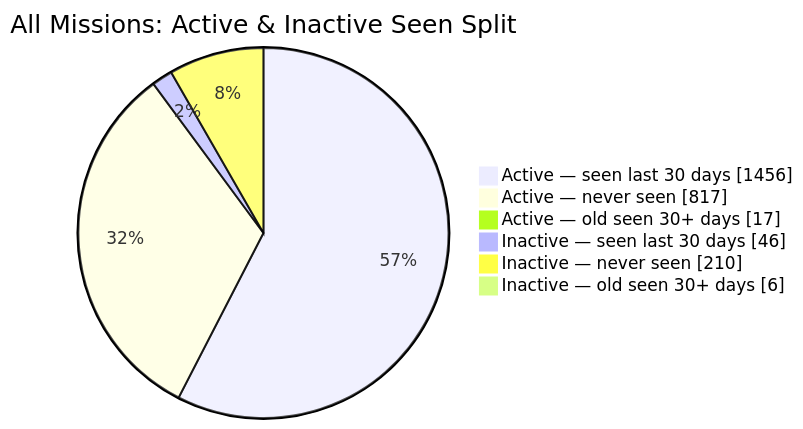
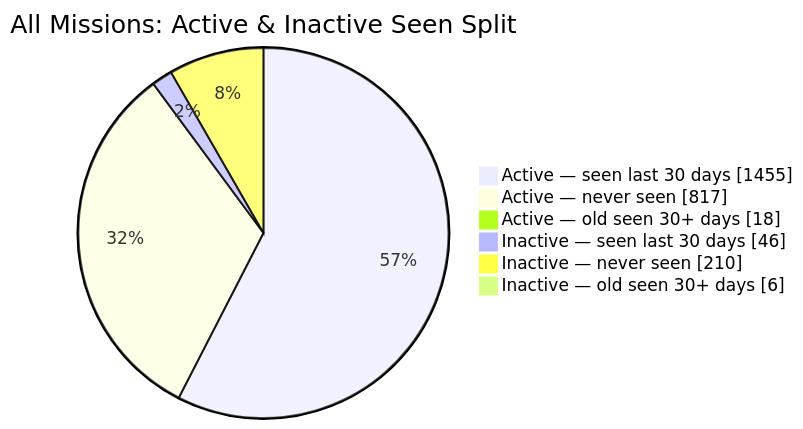
The second of 2 diagrams in README.md (MeldkamerspelGameTeam/active-missions), drawn with Mermaid before and after one commit. The commit also changed other lines of this file and 2 other files, not shown here.

````diff
--- a/README.md
+++ b/README.md
@@ -44,10 +44,10 @@
 ```mermaid
 pie showData
     title All Missions: Active & Inactive Seen Split
-    "Active — seen last 30 days" : 1456
+    "Active — seen last 30 days" : 1455
     "Active — never seen" : 817
-    "Active — old seen 30+ days" : 17
+    "Active — old seen 30+ days" : 18
     "Inactive — seen last 30 days" : 46
     "Inactive — never seen" : 210
     "Inactive — old seen 30+ days" : 6
 ```
````
